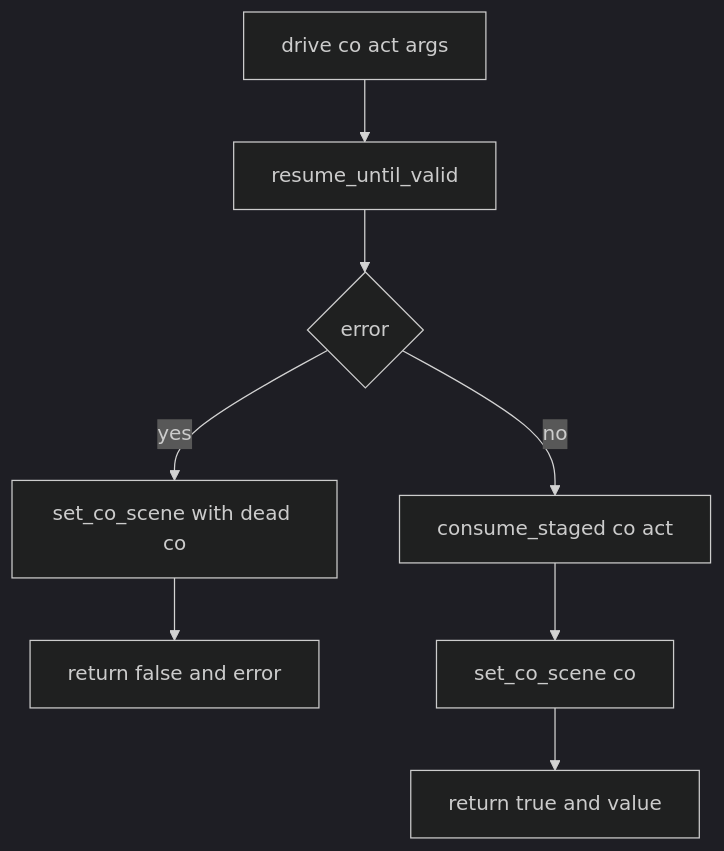
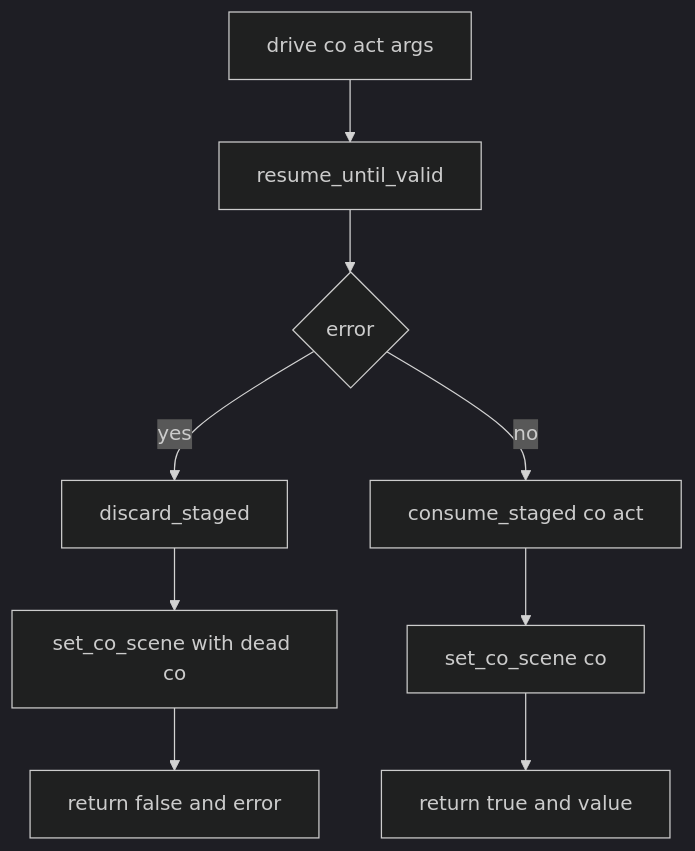
The second of 3 diagrams in .kiro/specs/callback-resume-unification/design.md (ekicyou/pasta), drawn with Mermaid (dark theme) before and after one commit. The commit also changed other lines of this file, not shown here.

Commit message:
docs(callback-resume-unification): resolve design discussion #2 - discard leftover staging on drive error

````diff
--- a/.kiro/specs/callback-resume-unification/design.md
+++ b/.kiro/specs/callback-resume-unification/design.md
@@ -145,10 +145,11 @@
 ```mermaid
 flowchart TB
     Start[drive co act args] --> Resume[resume_until_valid]
     Resume --> Failed{error}
-    Failed -->|yes| ClearErr[set_co_scene with dead co]
+    Failed -->|yes| Discard[discard_staged]
+    Discard --> ClearErr[set_co_scene with dead co]
     ClearErr --> RetErr[return false and error]
     Failed -->|no| Consume[consume_staged co act]
     Consume --> SetCo[set_co_scene co]
     SetCo --> RetOk[return true and value]
 ```
````
